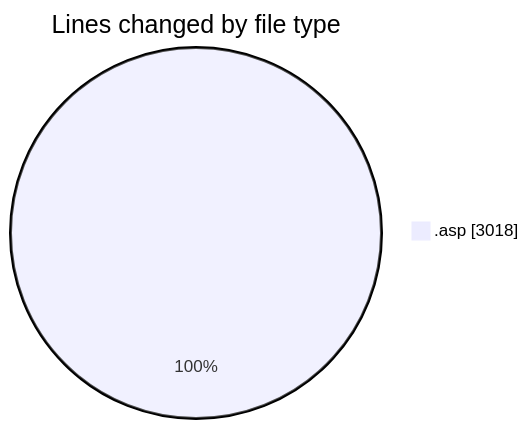
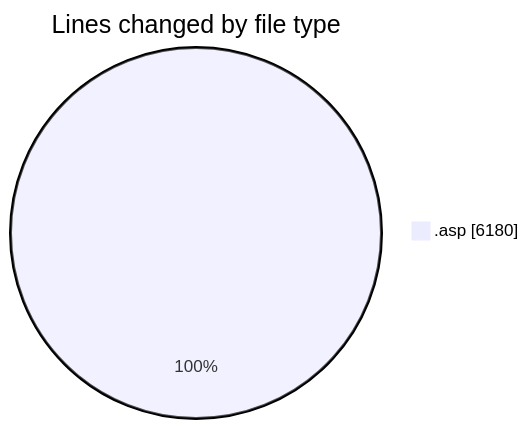
Before and after one commit to julien-gomy/code-tracking: the first of 2 diagrams in 2025-11-28/cdp_aleoudev_fr__workspace_/README.md, drawn with Mermaid. The commit also changed other lines of this file and 1 other file, not shown here.

````diff
--- a/2025-11-28/cdp_aleoudev_fr__workspace_/README.md
+++ b/2025-11-28/cdp_aleoudev_fr__workspace_/README.md
@@ -22,5 +22,5 @@
 ```mermaid
 pie showData
 title Lines changed by file type
-".asp" : 3018
+".asp" : 6180
 ```
````
